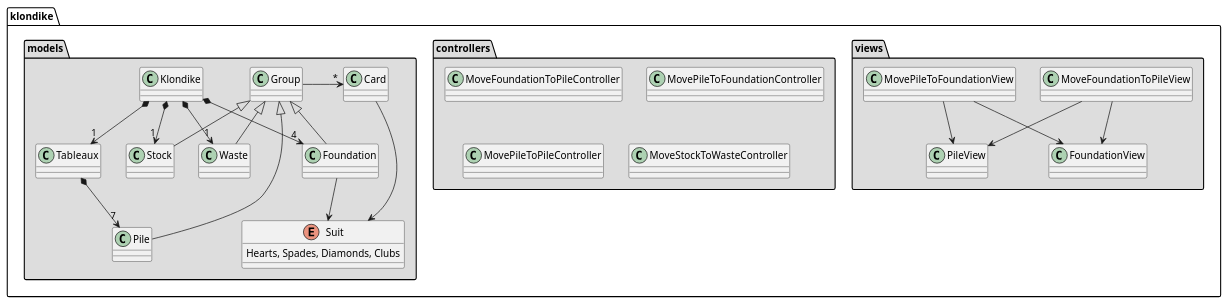
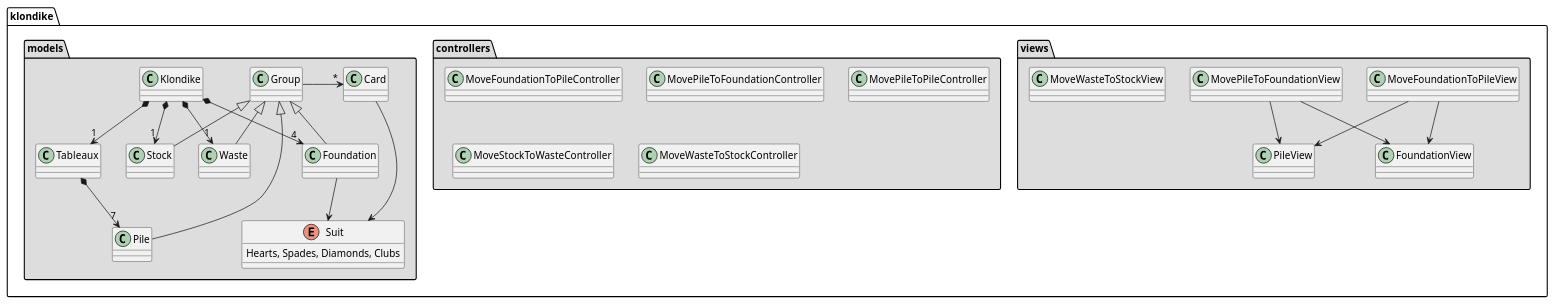
The diagram in analysis/architecture/package_diagram.puml (ciscoruiz/klondike), drawn with PlantUML before and after one commit. The commit also changed 1 other file, not shown here.

Commit message:
Define MVC for UC MoveWasteToStock

```diff
--- a/analysis/architecture/package_diagram.puml
+++ b/analysis/architecture/package_diagram.puml
@@ -1,47 +1,49 @@
 @startuml
 package "klondike.views" #DDDDDD {
    class MoveFoundationToPileView
    class MovePileToFoundationView
+   class MoveWasteToStockView
 
    class PileView
    class FoundationView
 
    MoveFoundationToPileView -down-> PileView
    MoveFoundationToPileView -down-> FoundationView
 
    MovePileToFoundationView -down-> PileView
    MovePileToFoundationView -down-> FoundationView
 }
 
 package "klondike.controllers" #DDDDDD {
    class MoveFoundationToPileController
    class MovePileToFoundationController
    class MovePileToPileController
    class MoveStockToWasteController
+   class MoveWasteToStockController
 }
 
 package "klondike.models" #DDDDDD {
 
    enum Suit {
     Hearts, Spades, Diamonds, Clubs
    }
 
    Card --> Suit
 
    Group -> "*" Card
    Group <|-down- Pile
    Group <|-down- Stock
    Group <|-down- Waste
    Group <|-down- Foundation
 
 
    Tableaux *-down-> "7" Pile
    Klondike *-down-> "1" Stock
    Klondike *-down-> "1" Waste
    Klondike *-down-> "1" Tableaux
    Klondike *-down-> "4" Foundation
 
    Foundation --> Suit
 }
 
 @enduml
```
